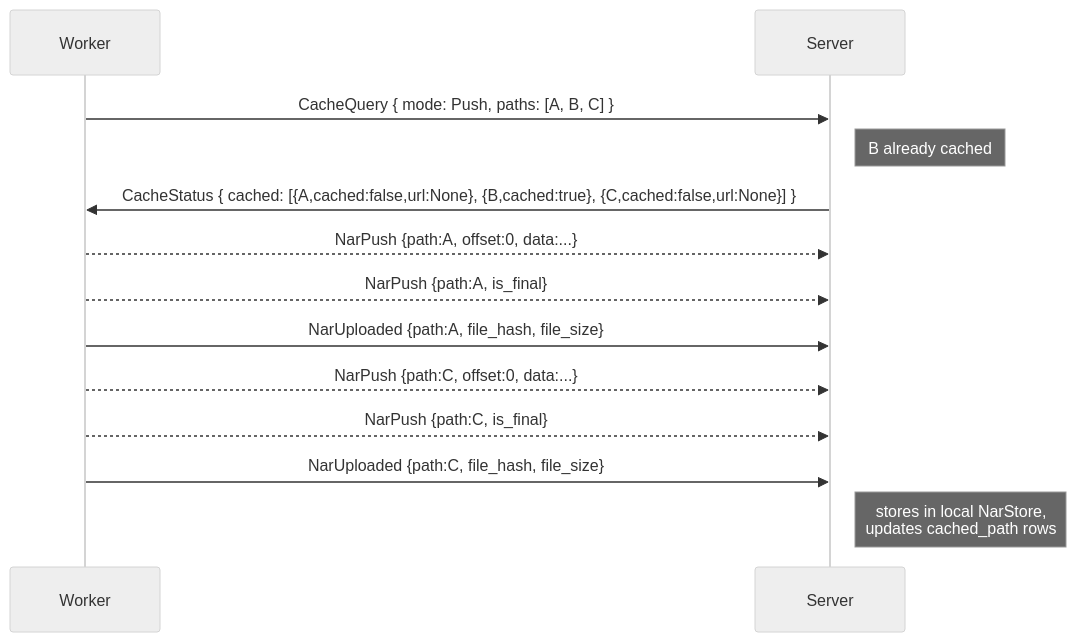
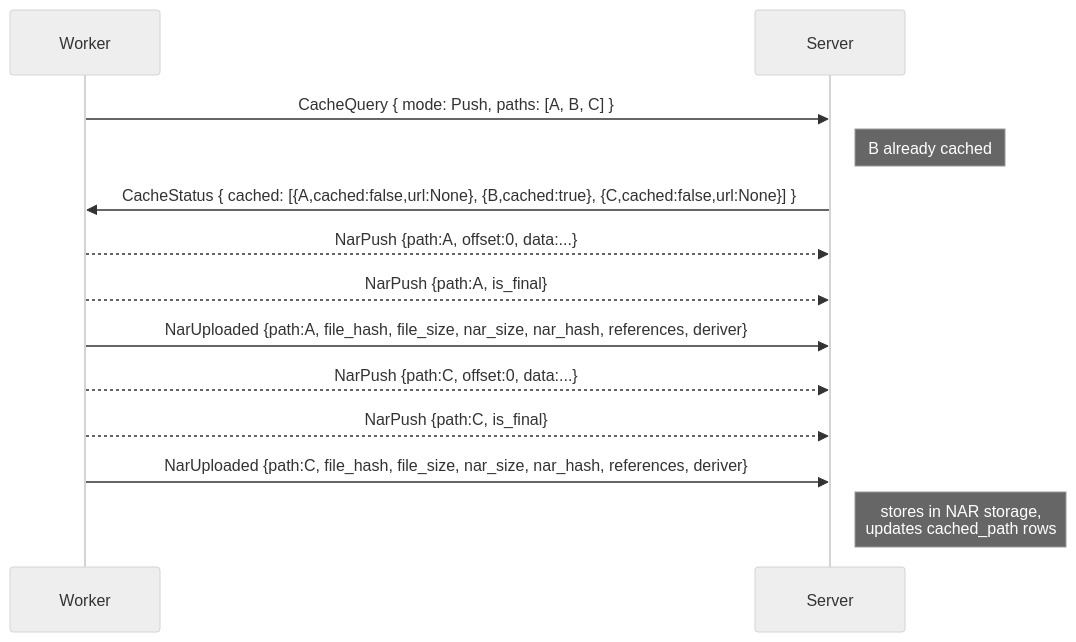
Diagram 17 of 25 in docs/src/development/proto.md (wavelens/gradient), drawn with Mermaid (neutral theme) before and after one commit. The commit also changed other lines of this file and 19 other files, not shown here.

````diff
--- a/docs/src/development/proto.md
+++ b/docs/src/development/proto.md
@@ -925,16 +935,16 @@
 ```mermaid
 sequenceDiagram
     participant W as Worker
     participant S as Server
 
     W->>S: CacheQuery { mode: Push, paths: [A, B, C] }
     Note right of S: B already cached
     S->>W: CacheStatus { cached: [{A,cached:false,url:None}, {B,cached:true}, {C,cached:false,url:None}] }
     W-->>S: NarPush {path:A, offset:0, data:...}
     W-->>S: NarPush {path:A, is_final}
-    W->>S: NarUploaded {path:A, file_hash, file_size}
+    W->>S: NarUploaded {path:A, file_hash, file_size, nar_size, nar_hash, references, deriver}
     W-->>S: NarPush {path:C, offset:0, data:...}
     W-->>S: NarPush {path:C, is_final}
-    W->>S: NarUploaded {path:C, file_hash, file_size}
-    Note right of S: stores in local NarStore,<br/>updates cached_path rows
+    W->>S: NarUploaded {path:C, file_hash, file_size, nar_size, nar_hash, references, deriver}
+    Note right of S: stores in NAR storage,<br/>updates cached_path rows
 ```
````
